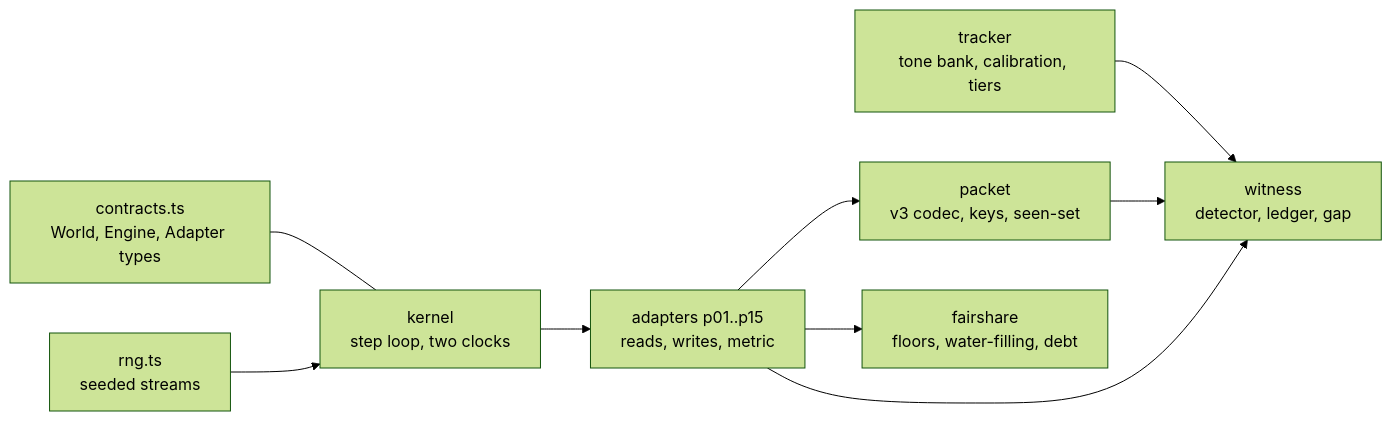
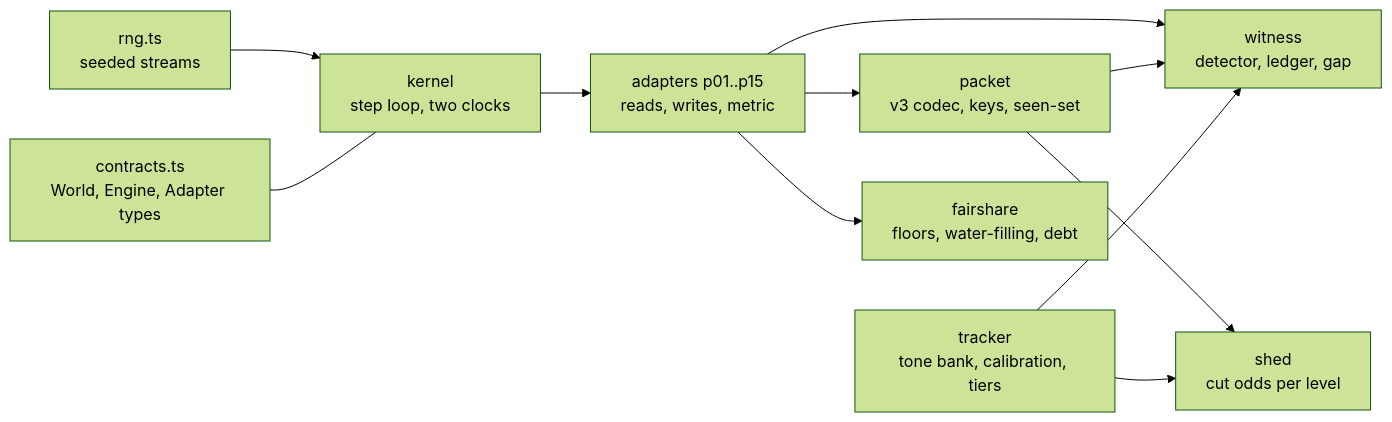
The diagram in docs/high-level-design.md (royalgillz/stratum), drawn with Mermaid (forest theme) before and after one commit. The commit also changed other lines of this file and 9 other files, not shown here.

````diff
--- a/docs/high-level-design.md
+++ b/docs/high-level-design.md
@@ -43,11 +43,13 @@
 ```mermaid
 flowchart LR
   C[contracts.ts<br/>World, Engine, Adapter types] --- K
   R[rng.ts<br/>seeded streams] --> K[kernel<br/>step loop, two clocks]
   T[tracker<br/>tone bank, calibration, tiers] --> W[witness<br/>detector, ledger, gap]
   P[packet<br/>v3 codec, keys, seen-set] --> W
+  T --> S[shed<br/>cut odds per level]
+  P --> S
   K --> A[adapters p01..p15<br/>reads, writes, metric]
   A --> W
   A --> F[fairshare<br/>floors, water-filling, debt]
   A --> P
 ```
````
